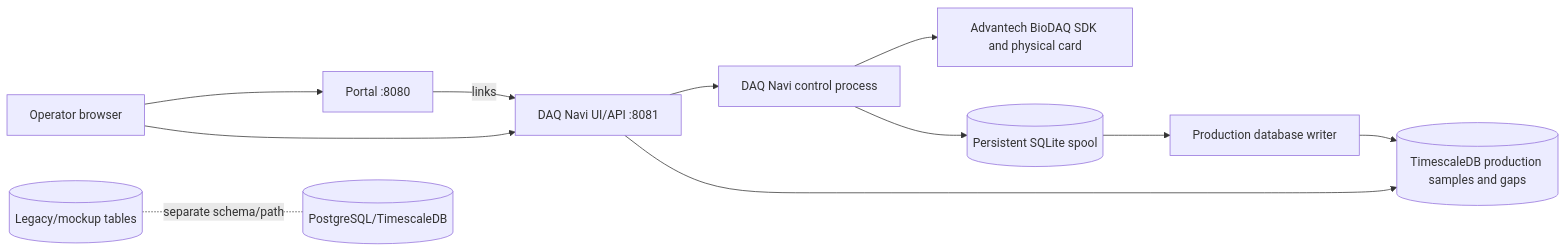
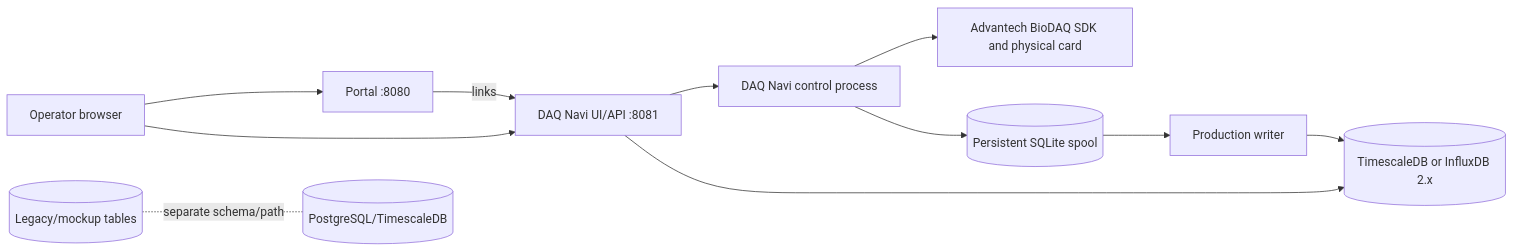
The diagram in docs/architecture/context.md (Faiisu/IIoT-data-ingest), drawn with Mermaid before and after one commit. The commit also changed other lines of this file and 6 other files, not shown here.

Commit message:
docs: align architecture and deployment docs with InfluxDB and operator auth

````diff
--- a/docs/architecture/context.md
+++ b/docs/architecture/context.md
@@ -3,13 +3,13 @@
 ```mermaid
 graph LR
     Operator[Operator browser] --> Portal[Portal :8080]
     Operator --> DAQUI[DAQ Navi UI/API :8081]
     Portal -->|links| DAQUI
     DAQUI --> Control[DAQ Navi control process]
     Control --> Driver[Advantech BioDAQ SDK and physical card]
     Control --> Spool[(Persistent SQLite spool)]
-    Spool --> Writer[Production database writer]
-    Writer --> Production[(TimescaleDB production samples and gaps)]
+    Spool --> Writer[Production writer]
+    Writer --> Production[(TimescaleDB or InfluxDB 2.x)]
     DAQUI --> Production
     Legacy[(Legacy/mockup tables)] -. separate schema/path .- DB[(PostgreSQL/TimescaleDB)]
 ```
````
